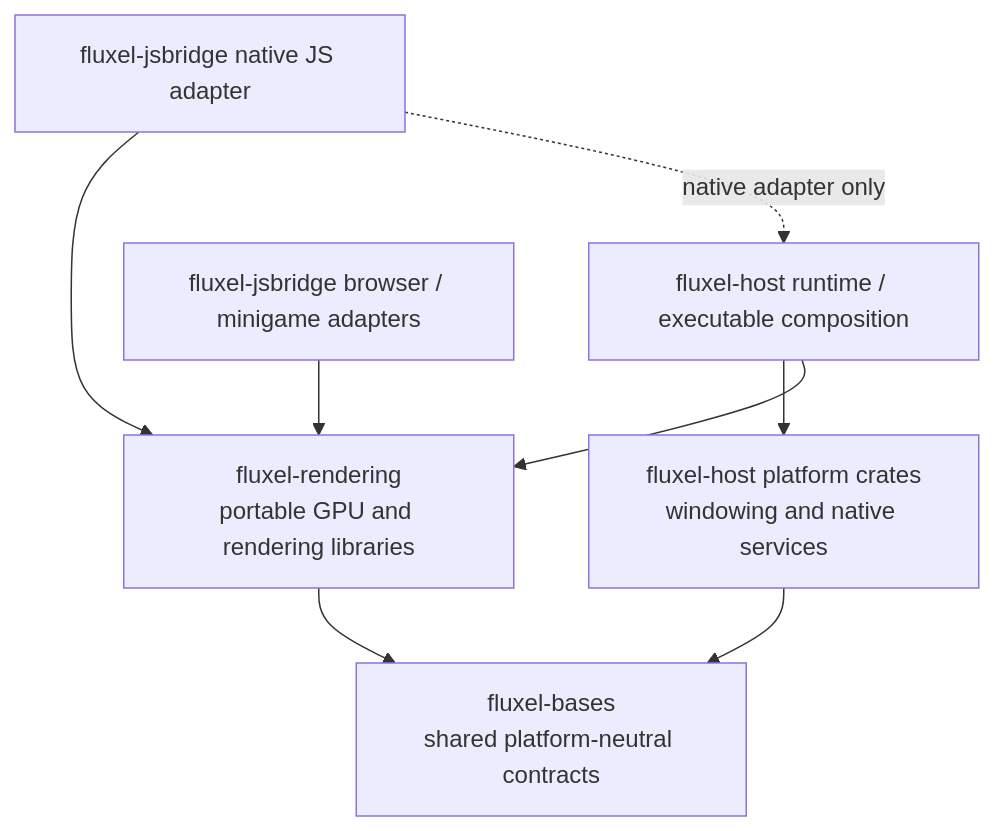
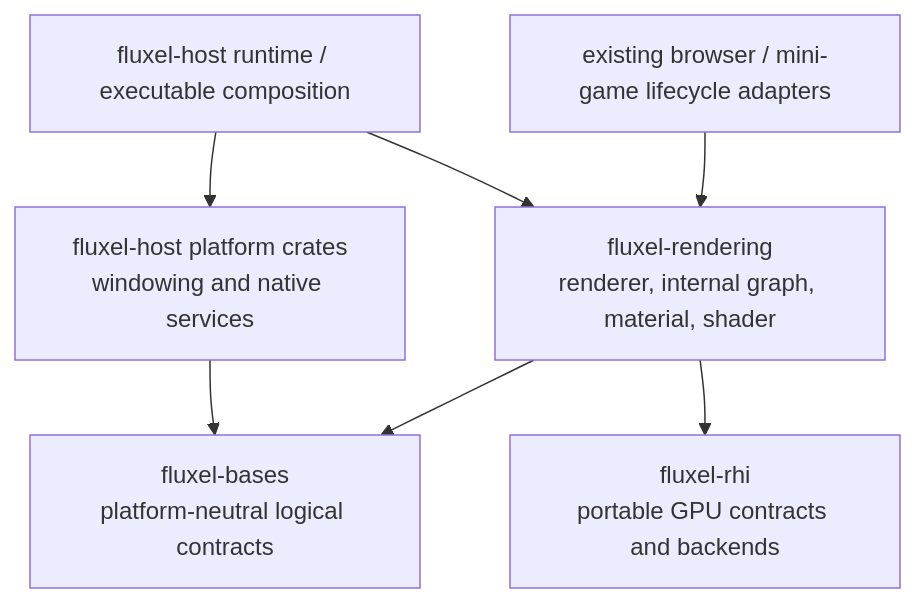
Before and after one commit to fluxel-project/.github: the first of 2 diagrams in ECOSYSTEM_ARCHITECTURE.md, drawn with Mermaid. The commit also changed other lines of this file and 9 other files, not shown here.

Commit message:
docs: align Rust roadmap and defer optional product features

````diff
--- a/ECOSYSTEM_ARCHITECTURE.md
+++ b/ECOSYSTEM_ARCHITECTURE.md
@@ -14,17 +13,16 @@
 ```mermaid
 flowchart TD
-    bases["fluxel-bases\nshared platform-neutral contracts"]
-    rendering["fluxel-rendering\nportable GPU and rendering libraries"]
+    bases["fluxel-bases\nplatform-neutral logical contracts"]
+    rhi["fluxel-rhi\nportable GPU contracts and backends"]
+    rendering["fluxel-rendering\nrenderer, internal graph, material, shader"]
     platform["fluxel-host platform crates\nwindowing and native services"]
     runtime["fluxel-host runtime / executable composition"]
-    browser["fluxel-jsbridge browser / minigame adapters"]
-    nativeJs["fluxel-jsbridge native JS adapter"]
+    browser["existing browser / mini-game lifecycle adapters"]
 
     rendering --> bases
+    rendering --> rhi
     platform --> bases
     runtime --> platform
     runtime --> rendering
     browser --> rendering
-    nativeJs --> rendering
-    nativeJs -. "native adapter only" .-> runtime
 ```
````
